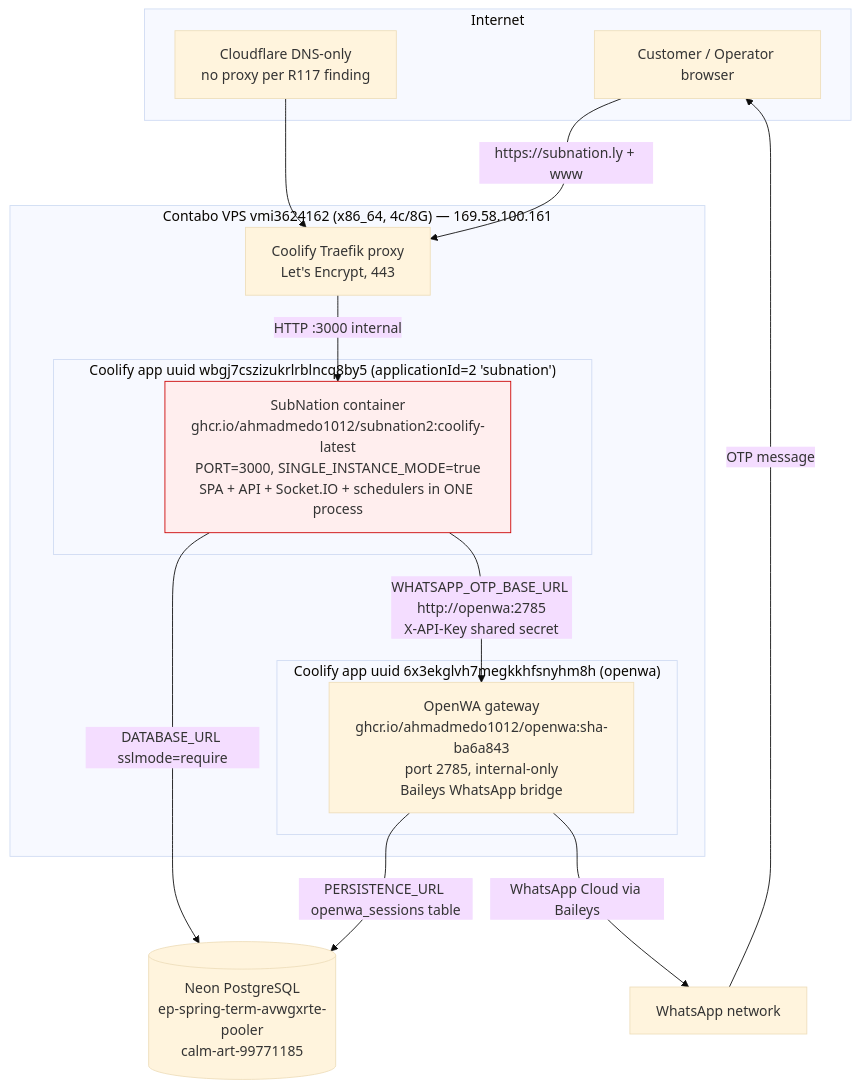
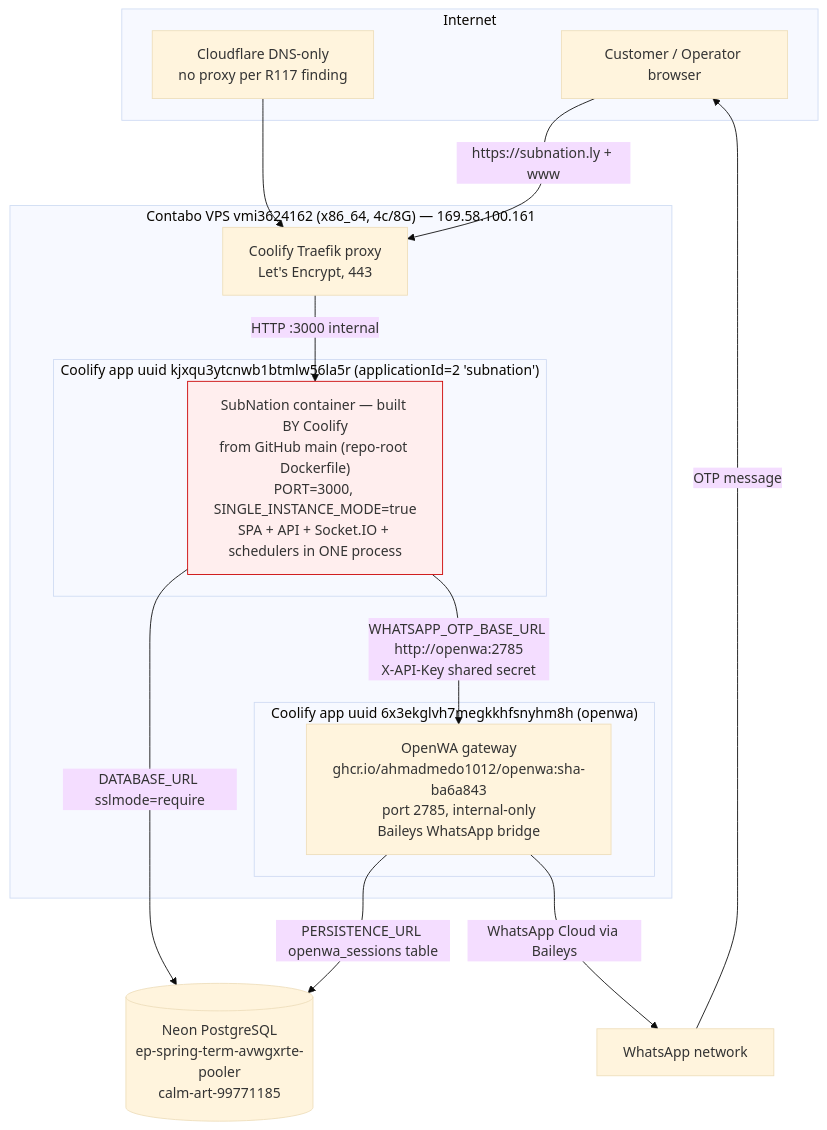
Before and after one commit to ahmadmedo1012/SubNation2: the diagram in docs/project-graph/00-system-overview.mmd, drawn with Mermaid (base theme). The commit also changed 44 other files, not shown here.

```diff
--- a/docs/project-graph/00-system-overview.mmd
+++ b/docs/project-graph/00-system-overview.mmd
@@ -1,36 +1,38 @@
-%% SubNation system overview — verified 2026-10-05 against live production (HEAD ef3d0c3 expected, f10bb9b deployed pre-Wave-1)
-%% Wave-0 snapshot (2026-10-05) — superseded where contradicted by the merge (966d70f); see docs/project-state/source-of-truth.md.
-%% (The app-2/dockerimage container below was deleted at the Wave-1 cutover — replaced by app kjxqu…, git-source build, same PORT=3000 shape.)
-%% Reality-checked: live probes + VPS docker/coolify inspection + Neon read-only queries.
+%% SubNation system overview — refreshed R126 (2026-10-09): the Wave-0-era drawing still showed
+%% the deleted app-2 container (wbgj7cszizukrlrblncq8by5, dockerimage pull); replaced with the live
+%% git-source app (kjxqu…) per 03-deployment-target.mmd, the CURRENT deployment map.
+%% Originally verified 2026-10-05 against live production via live probes + VPS docker/coolify
+%% inspection + Neon read-only queries. If this map drifts, live wins — current live state:
+%% docs/project-state/source-of-truth.md.
 graph TB
     subgraph Internet
         C[Customer / Operator browser]
         CF[Cloudflare DNS-only<br/>no proxy per R117 finding]
     end
 
     CF --> TRA
 
     subgraph VPS["Contabo VPS vmi3624162 (x86_64, 4c/8G) — 169.58.100.161"]
         TRA["Coolify Traefik proxy<br/>Let's Encrypt, 443"]
 
-        subgraph APP["Coolify app uuid wbgj7cszizukrlrblncq8by5 (applicationId=2 'subnation')"]
-            SN["SubNation container<br/>ghcr.io/ahmadmedo1012/subnation2:coolify-latest<br/>PORT=3000, SINGLE_INSTANCE_MODE=true<br/>SPA + API + Socket.IO + schedulers in ONE process"]
+        subgraph APP["Coolify app uuid kjxqu3ytcnwb1btmlw56la5r (applicationId=2 'subnation')"]
+            SN["SubNation container — built BY Coolify<br/>from GitHub main (repo-root Dockerfile)<br/>PORT=3000, SINGLE_INSTANCE_MODE=true<br/>SPA + API + Socket.IO + schedulers in ONE process"]
         end
 
         subgraph OPENWA_APP["Coolify app uuid 6x3ekglvh7megkkhfsnyhm8h (openwa)"]
             WA["OpenWA gateway<br/>ghcr.io/ahmadmedo1012/openwa:sha-ba6a843<br/>port 2785, internal-only<br/>Baileys WhatsApp bridge"]
         end
     end
 
     NEON[("Neon PostgreSQL<br/>ep-spring-term-avwgxrte-pooler<br/>calm-art-99771185")]
 
     C -->|https://subnation.ly + www| TRA
     TRA -->|HTTP :3000 internal| SN
     SN -->|DATABASE_URL sslmode=require| NEON
     WA -->|PERSISTENCE_URL openwa_sessions table| NEON
     SN -->|"WHATSAPP_OTP_BASE_URL http://openwa:2785<br/>X-API-Key shared secret"| WA
     WA -->|WhatsApp Cloud via Baileys| W[WhatsApp network]
     W -->|OTP message| C
 
     classDef attention fill:#fee,stroke:#c00
     class SN attention
```
